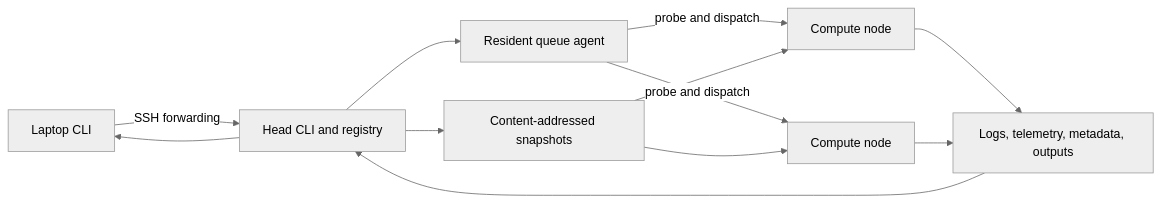
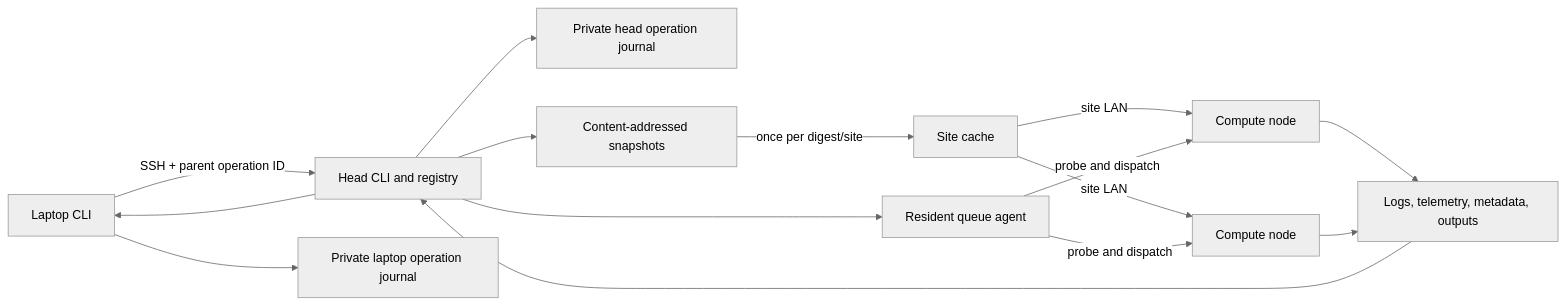
One commit to ChangWinde/dt changed the diagram in docs/architecture.md. Above: the diagram before and after it, drawn with Mermaid (neutral theme). The commit also changed other lines of this file and 131 other files, not shown here.

````diff
--- a/docs/architecture.md
+++ b/docs/architecture.md
@@ -22,14 +24,17 @@
 ```mermaid
 flowchart LR
-    LAPTOP["Laptop CLI"] -->|SSH forwarding| HEAD
+    LAPTOP["Laptop CLI"] -->|SSH + parent operation ID| HEAD
+    LAPTOP --> LOPS["Private laptop operation journal"]
     HEAD["Head CLI and registry"] --> QUEUE["Resident queue agent"]
+    HEAD --> HOPS["Private head operation journal"]
     HEAD --> SNAPSHOTS["Content-addressed snapshots"]
+    SNAPSHOTS -->|once per digest/site| SITECACHE["Site cache"]
+    SITECACHE -->|site LAN| NODE1
+    SITECACHE -->|site LAN| NODE2
     QUEUE -->|probe and dispatch| NODE1["Compute node"]
     QUEUE -->|probe and dispatch| NODE2["Compute node"]
-    SNAPSHOTS --> NODE1
-    SNAPSHOTS --> NODE2
     NODE1 --> RECORDS["Logs, telemetry, metadata, outputs"]
     NODE2 --> RECORDS
     RECORDS --> HEAD
     HEAD --> LAPTOP
 ```
````
